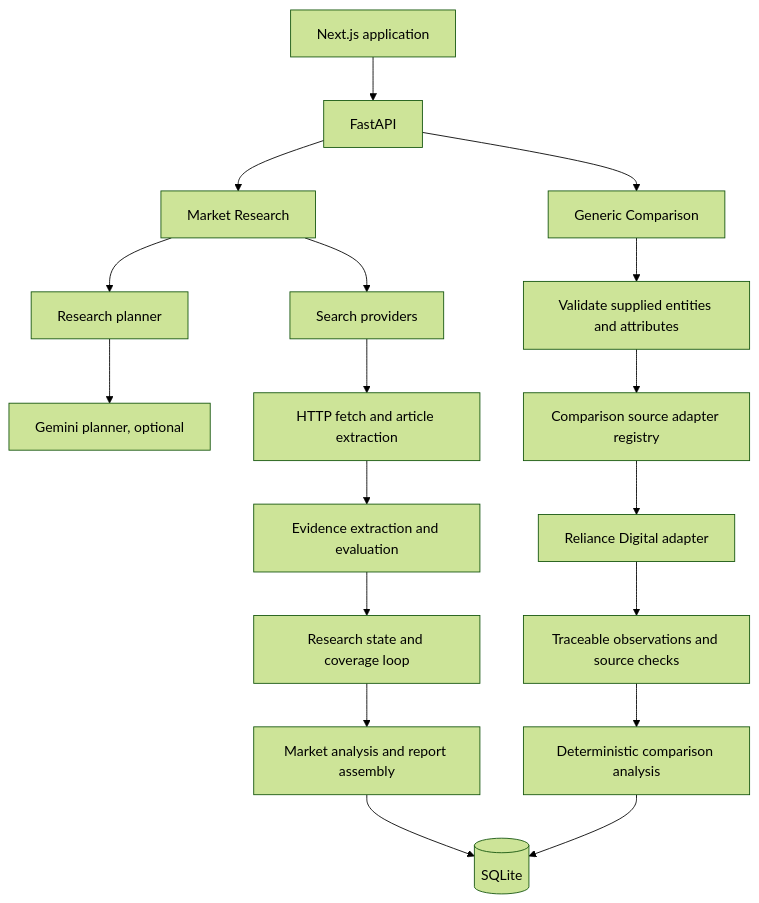
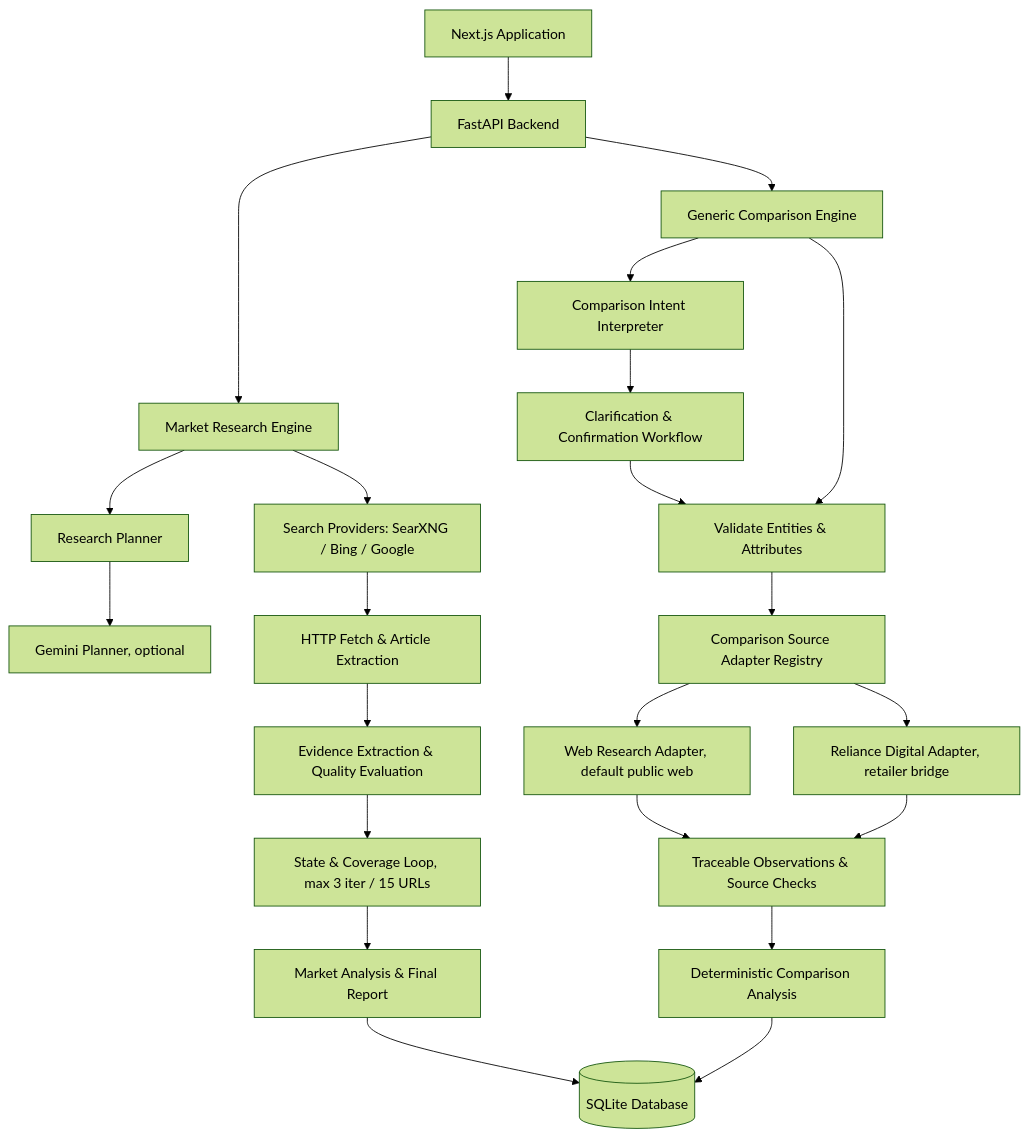
The diagram in README.md (anshikamishra28/MarketScoutAI), drawn with Mermaid (forest theme) before and after one commit. The commit also changed other lines of this file and 22 other files, not shown here.

Commit message:
feat: add evidence-backed product intelligence and web research

````diff
--- a/README.md
+++ b/README.md
@@ -23,23 +25,28 @@
 ```mermaid
 flowchart TD
-    UI[Next.js application]
-    API[FastAPI]
-    DB[(SQLite)]
+    UI[Next.js Application]
+    API[FastAPI Backend]
+    DB[(SQLite Database)]
     UI --> API
-    API --> R[Market Research]
-    API --> C[Generic Comparison]
-    R --> RP[Research planner]
-    RP --> G[Gemini planner, optional]
-    R --> S[Search providers]
-    S --> F[HTTP fetch and article extraction]
-    F --> E[Evidence extraction and evaluation]
-    E --> L[Research state and coverage loop]
-    L --> A[Market analysis and report assembly]
+    API --> R[Market Research Engine]
+    API --> C[Generic Comparison Engine]
+    R --> RP[Research Planner]
+    RP --> G[Gemini Planner, optional]
+    R --> S[Search Providers: SearXNG / Bing / Google]
+    S --> F[HTTP Fetch & Article Extraction]
+    F --> E[Evidence Extraction & Quality Evaluation]
+    E --> L[State & Coverage Loop, max 3 iter / 15 URLs]
+    L --> A[Market Analysis & Final Report]
     A --> DB
-    C --> V[Validate supplied entities and attributes]
-    V --> REG[Comparison source adapter registry]
-    REG --> RD[Reliance Digital adapter]
-    RD --> OBS[Traceable observations and source checks]
-    OBS --> CA[Deterministic comparison analysis]
+    C --> INT[Comparison Intent Interpreter]
+    INT --> CLAR[Clarification & Confirmation Workflow]
+    CLAR --> V[Validate Entities & Attributes]
+    C --> V
+    V --> REG[Comparison Source Adapter Registry]
+    REG --> WR[Web Research Adapter, default public web]
+    REG --> RD[Reliance Digital Adapter, retailer bridge]
+    WR --> OBS[Traceable Observations & Source Checks]
+    RD --> OBS
+    OBS --> CA[Deterministic Comparison Analysis]
     CA --> DB
 ```
````
